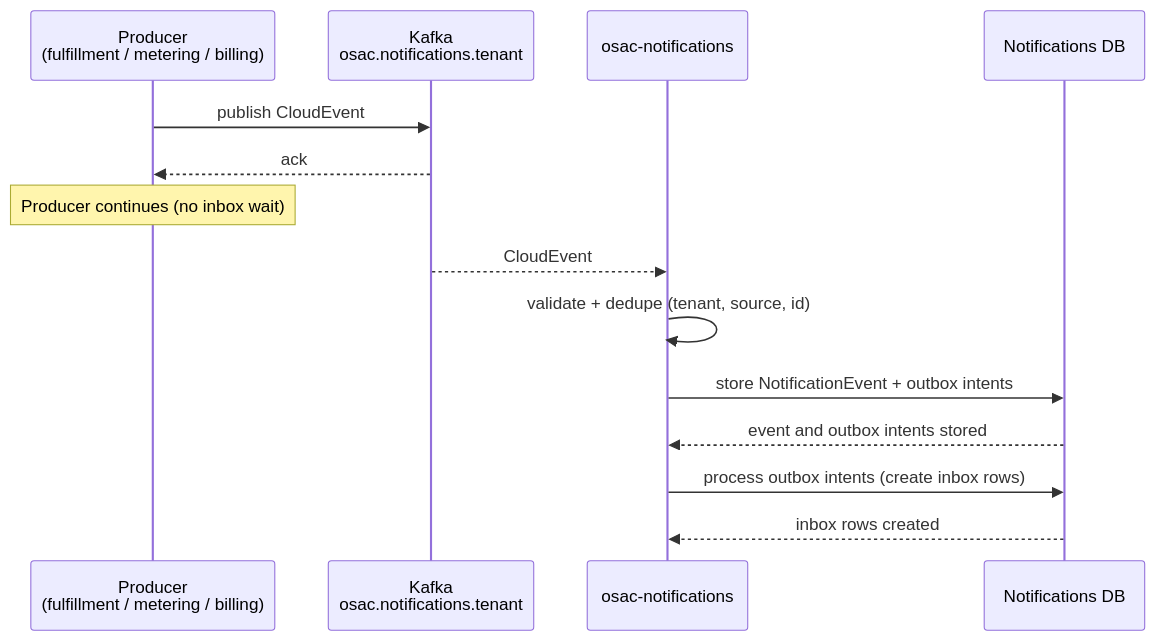
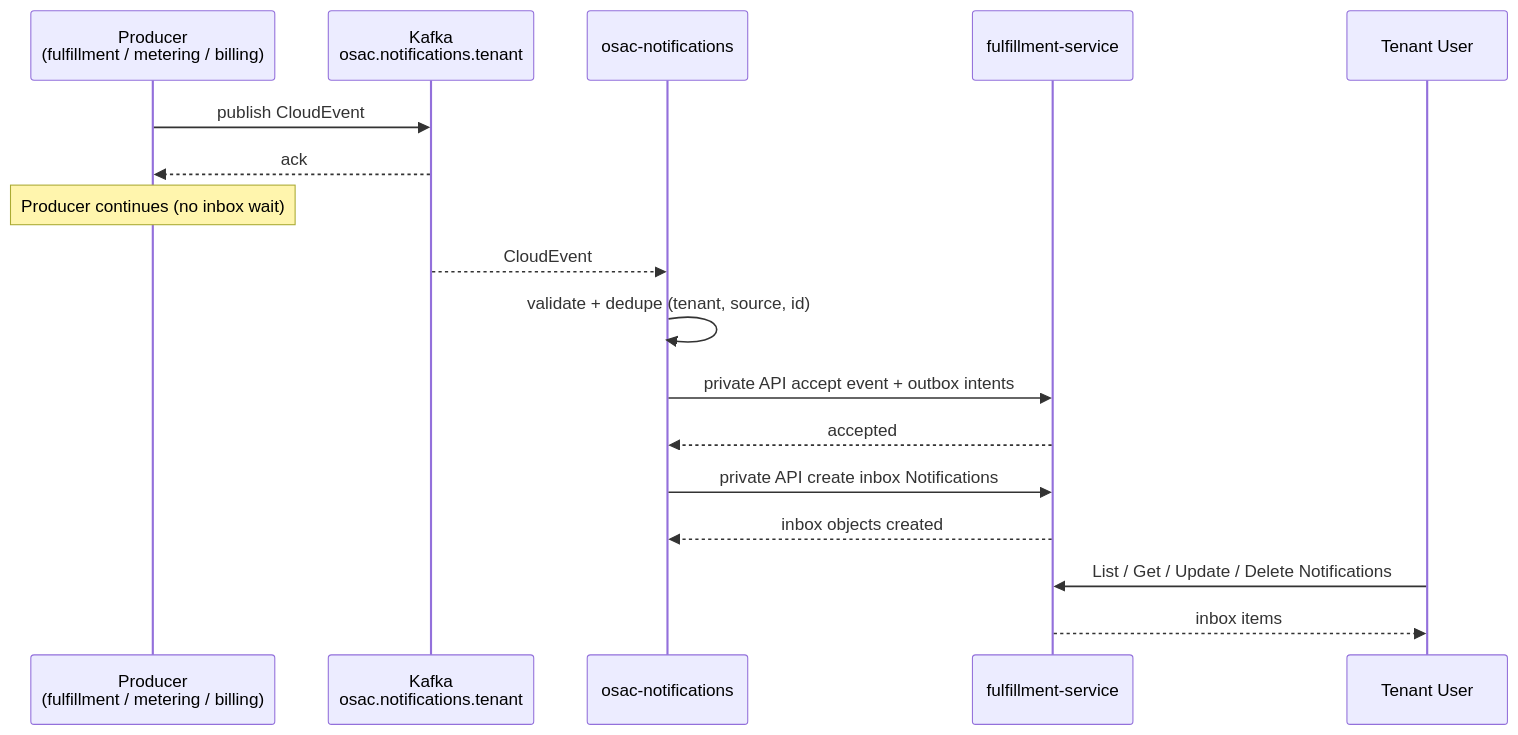
One commit to osac-project/enhancement-proposals changed the second of 3 diagrams in enhancements/OSAC-75-notifications/design.md. Above: the diagram before and after it, drawn with Mermaid. The commit also changed other lines of this file, not shown here.

Commit message:
OSAC-75: Update architecture

````diff
--- a/enhancements/OSAC-75-notifications/design.md
+++ b/enhancements/OSAC-75-notifications/design.md
@@ -119,16 +110,19 @@
 ```mermaid
 sequenceDiagram
     participant Prod as Producer <br>(fulfillment / metering / billing)
     participant Kafka as Kafka <br>osac.notifications.tenant
     participant N as osac-notifications
-    participant DB as Notifications DB
+    participant FS as fulfillment-service
+    participant User as Tenant User
     Prod ->> Kafka: publish CloudEvent
     Kafka -->> Prod: ack
     Note over Prod: Producer continues (no inbox wait)
     Kafka -->> N: CloudEvent
     N ->> N: validate + dedupe (tenant, source, id)
-    N ->> DB: store NotificationEvent + outbox intents
-    DB -->> N: event and outbox intents stored
-    N ->> DB: process outbox intents (create inbox rows)
-    DB -->> N: inbox rows created
+    N ->> FS: private API accept event + outbox intents
+    FS -->> N: accepted
+    N ->> FS: private API create inbox Notifications
+    FS -->> N: inbox objects created
+    User ->> FS: List / Get / Update / Delete Notifications
+    FS -->> User: inbox items
 ```
````
